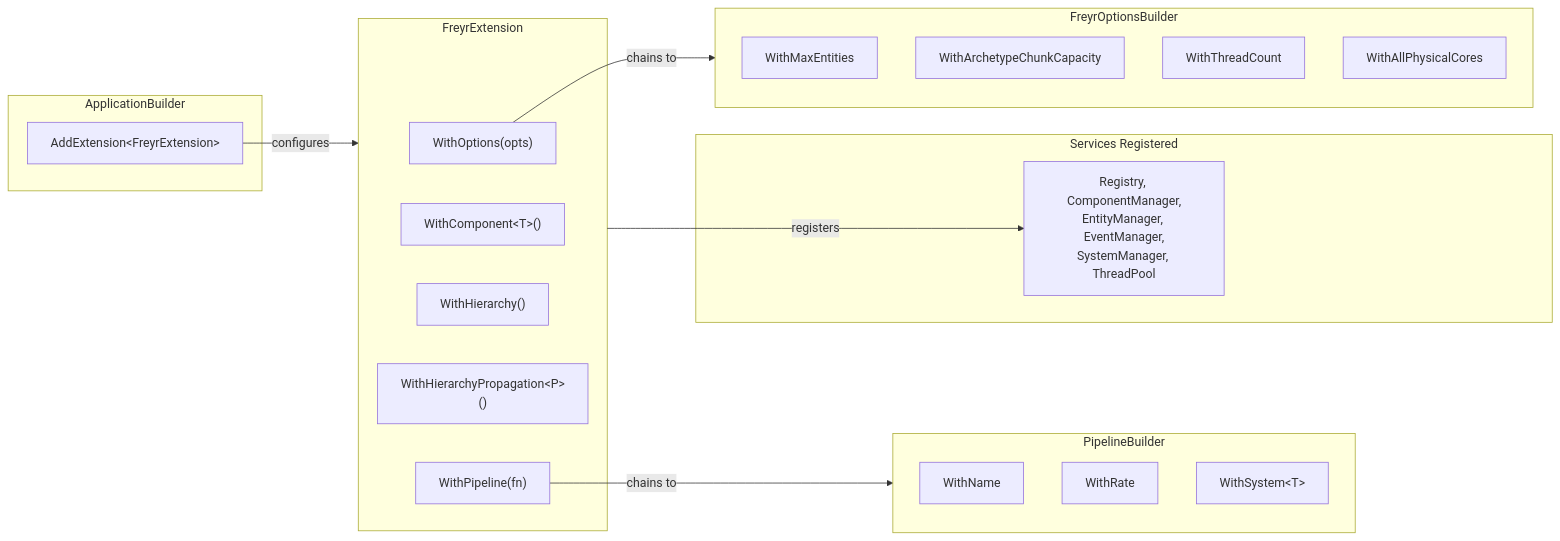
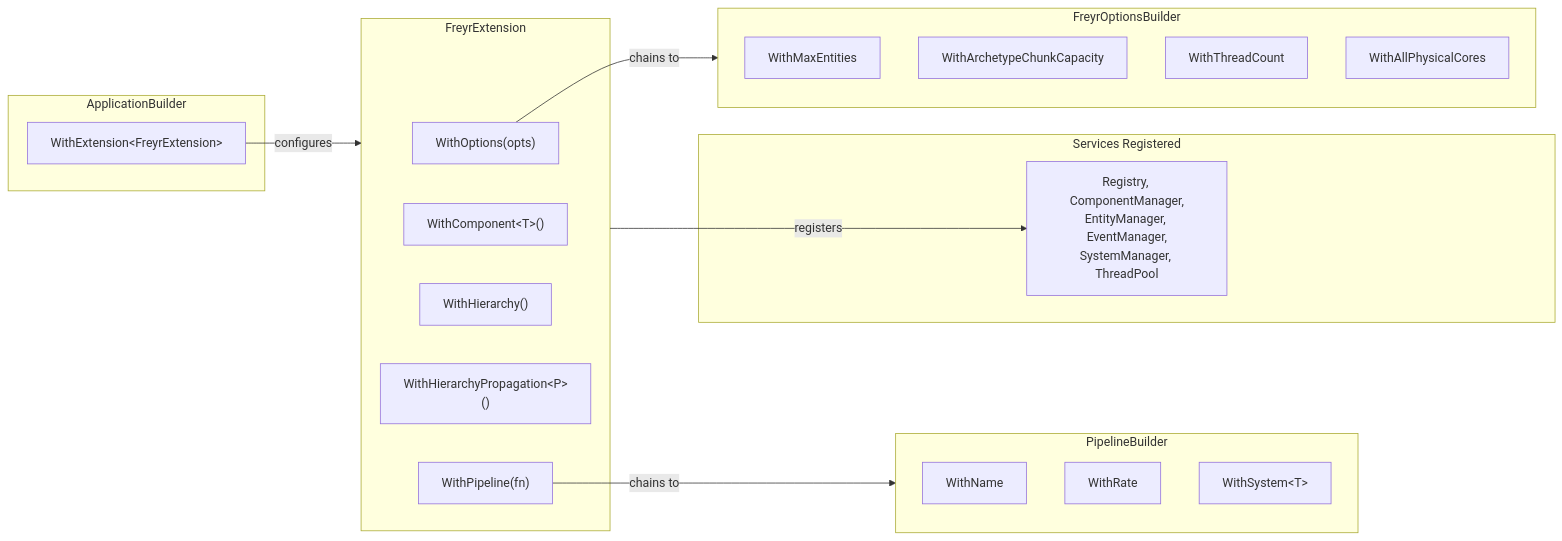
The diagram in docs/api/extension.md (gilmar-sales/Freyr), drawn with Mermaid before and after one commit. The commit also changed other lines of this file and 20 other files, not shown here.

````diff
--- a/docs/api/extension.md
+++ b/docs/api/extension.md
@@ -39,36 +39,36 @@
 ```mermaid
 graph LR
     subgraph AppBuilder["ApplicationBuilder"]
-        ADD["AddExtension&lt;FreyrExtension&gt;"]
+        ADD["WithExtension&lt;FreyrExtension&gt;"]
     end
 
     subgraph FreyrExt["FreyrExtension"]
         WO["WithOptions(opts)"]
         WC["WithComponent&lt;T&gt;()"]
         WH["WithHierarchy()"]
         WHP["WithHierarchyPropagation&lt;P&gt;()"]
         WP["WithPipeline(fn)"]
     end
 
     subgraph Options["FreyrOptionsBuilder"]
         MAX["WithMaxEntities"]
         CHUNK["WithArchetypeChunkCapacity"]
         THREAD["WithThreadCount"]
         CORES["WithAllPhysicalCores"]
     end
 
     subgraph Pipe["PipelineBuilder"]
         NAME["WithName"]
         RATE["WithRate"]
         WS["WithSystem&lt;T&gt;"]
     end
 
     subgraph Services["Services Registered"]
         SVC["Registry, ComponentManager,<br/>EntityManager, EventManager,<br/>SystemManager, ThreadPool"]
     end
 
     ADD -->|configures| FreyrExt
     WO -->|chains to| Options
     WP -->|chains to| Pipe
     FreyrExt -->|registers| SVC
 ```
````
